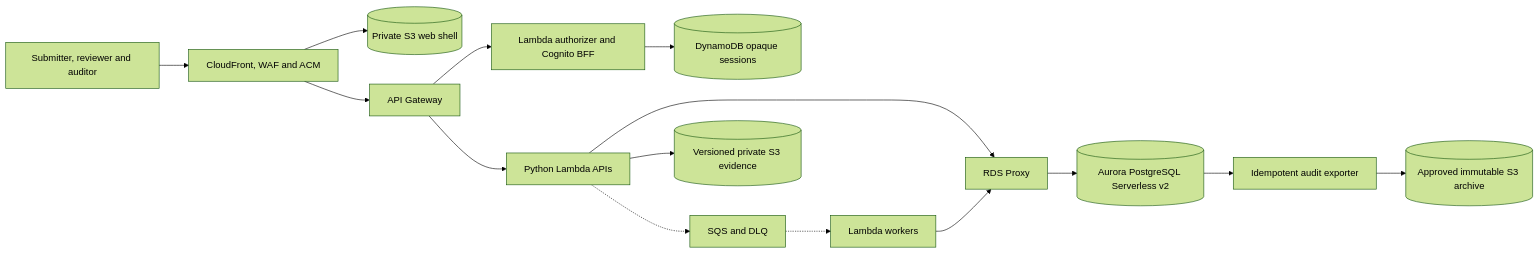
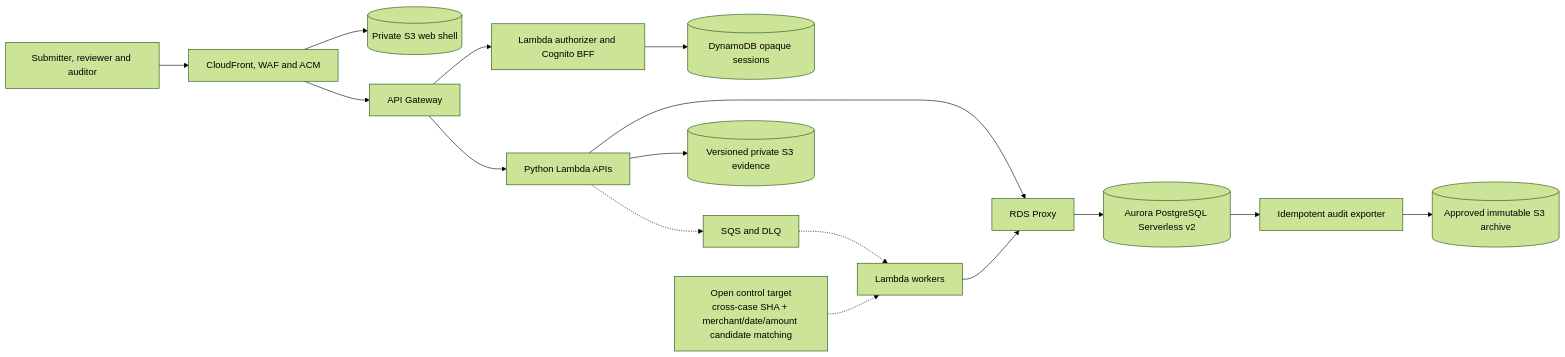
The seventh of 8 diagrams in docs/diagrams.md (Dev-Luigy/automation_luigygabriel), drawn with Mermaid (forest theme) before and after one commit. The commit also changed other lines of this file and 10 other files, not shown here.

Commit message:
docs: align architecture and traceability model

````diff
--- a/docs/diagrams.md
+++ b/docs/diagrams.md
@@ -286,17 +452,18 @@
 ```mermaid
 flowchart LR
     users["Submitter, reviewer and auditor"] --> edge["CloudFront, WAF and ACM"]
     edge --> shell[("Private S3 web shell")]
     edge --> gateway["API Gateway"]
     gateway --> auth["Lambda authorizer and Cognito BFF"]
     gateway --> apiLambda["Python Lambda APIs"]
     auth --> sessions[("DynamoDB opaque sessions")]
     apiLambda -.-> queue["SQS and DLQ"]
     queue -.-> workers["Lambda workers"]
     apiLambda --> proxy["RDS Proxy"]
     workers --> proxy
     proxy --> aurora[("Aurora PostgreSQL Serverless v2")]
     apiLambda --> evidence[("Versioned private S3 evidence")]
+    duplicateTarget["Open control target\ncross-case SHA + merchant/date/amount candidate matching"] -.-> workers
     aurora --> exporter["Idempotent audit exporter"]
     exporter --> archive[("Approved immutable S3 archive")]
 ```
````
